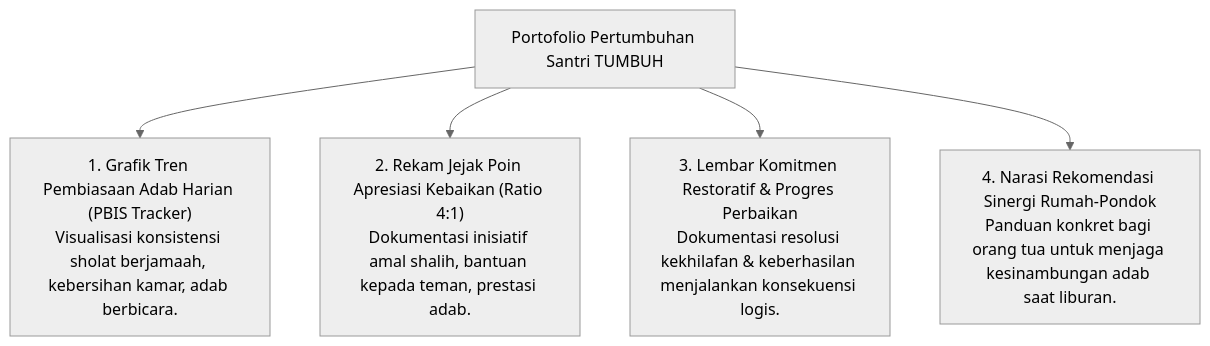
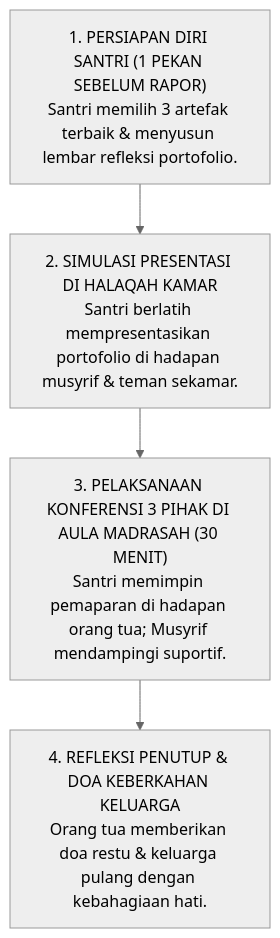
The sixth of 6 diagrams in 02 Principles/05 Assessment Principles/P2-05-04-Prinsip-Portofolio-Pertumbuhan-Formatif.md (wandiapriliyandi/tumbuh), drawn with Mermaid (neutral theme) before and after one commit. The commit also changed other lines of this file and 42 other files, not shown here.

````diff
--- a/02 Principles/05 Assessment Principles/P2-05-04-Prinsip-Portofolio-Pertumbuhan-Formatif.md
+++ b/02 Principles/05 Assessment Principles/P2-05-04-Prinsip-Portofolio-Pertumbuhan-Formatif.md
@@ -10,9 +273,12 @@
 ```mermaid
-graph TD
-    Portofolio["Portofolio Pertumbuhan Santri TUMBUH"]
+flowchart TD
+    SOP1["1. PERSIAPAN DIRI SANTRI (1 PEKAN SEBELUM RAPOR)<br/>Santri memilih 3 artefak terbaik & menyusun lembar refleksi portofolio."]
     
-    Portofolio --> C1["1. Grafik Tren Pembiasaan Adab Harian (PBIS Tracker)<br/>Visualisasi konsistensi sholat berjamaah, kebersihan kamar, adab berbicara."]
-    Portofolio --> C2["2. Rekam Jejak Poin Apresiasi Kebaikan (Ratio 4:1)<br/>Dokumentasi inisiatif amal shalih, bantuan kepada teman, prestasi adab."]
-    Portofolio --> C3["3. Lembar Komitmen Restoratif & Progres Perbaikan<br/>Dokumentasi resolusi kekhilafan & keberhasilan menjalankan konsekuensi logis."]
-    Portofolio --> C4["4. Narasi Rekomendasi Sinergi Rumah-Pondok<br/>Panduan konkret bagi orang tua untuk menjaga kesinambungan adab saat liburan."]
+    SOP2["2. SIMULASI PRESENTASI DI HALAQAH KAMAR<br/>Santri berlatih mempresentasikan portofolio di hadapan musyrif & teman sekamar."]
+    
+    SOP3["3. PELAKSANAAN KONFERENSI 3 PIHAK DI AULA MADRASAH (30 MENIT)<br/>Santri memimpin pemaparan di hadapan orang tua; Musyrif mendampingi suportif."]
+    
+    SOP4["4. REFLEKSI PENUTUP & DOA KEBERKAHAN KELUARGA<br/>Orang tua memberikan doa restu & keluarga pulang dengan kebahagiaan hati."]
+    
+    SOP1 --> SOP2 --> SOP3 --> SOP4
 ```
````
